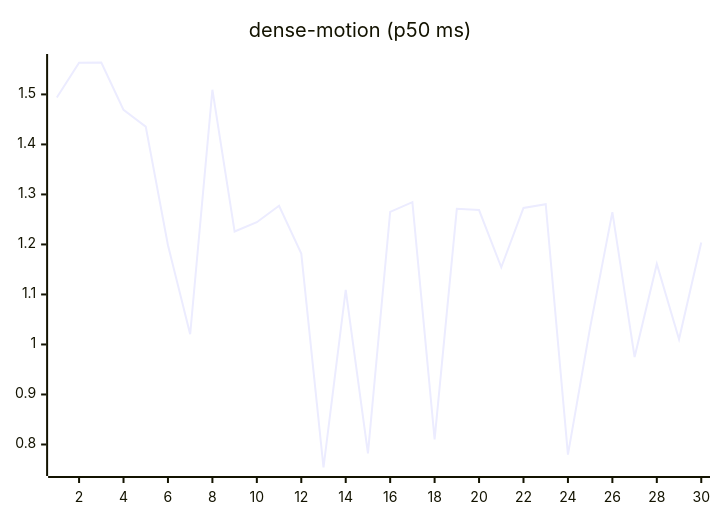
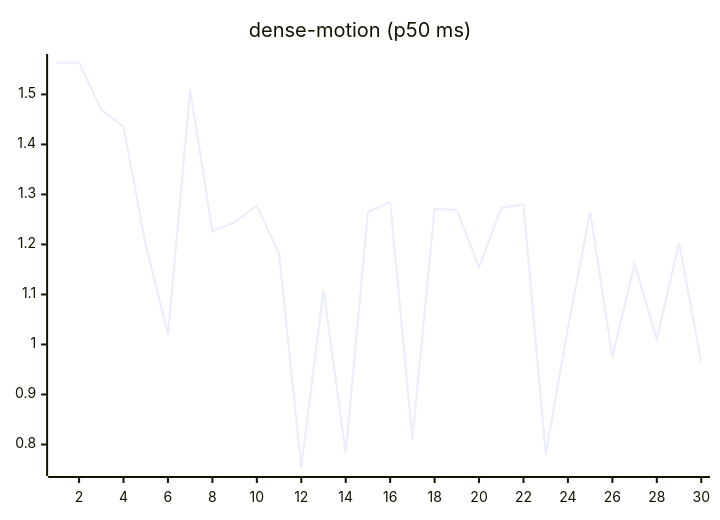
One commit to josha/Facet changed the ninth of 27 diagrams in README.md. Above: the diagram before and after it, drawn with Mermaid. The commit also changed other lines of this file and 2 other files, not shown here.

````diff
--- a/README.md
+++ b/README.md
@@ -119,6 +119,6 @@
 ```mermaid
 xychart-beta
     title "dense-motion (p50 ms)"
     x-axis 1 --> 30
-    line [1.4939, 1.5634, 1.5638, 1.4692, 1.4355, 1.1984, 1.0205, 1.5093, 1.2258, 1.2445, 1.2773, 1.1817, 0.7540, 1.1093, 0.7822, 1.2651, 1.2846, 0.8102, 1.2712, 1.2688, 1.1544, 1.2730, 1.2805, 0.7796, 1.0341, 1.2646, 0.9749, 1.1610, 1.0105, 1.2037]
+    line [1.5634, 1.5638, 1.4692, 1.4355, 1.1984, 1.0205, 1.5093, 1.2258, 1.2445, 1.2773, 1.1817, 0.7540, 1.1093, 0.7822, 1.2651, 1.2846, 0.8102, 1.2712, 1.2688, 1.1544, 1.2730, 1.2805, 0.7796, 1.0341, 1.2646, 0.9749, 1.1610, 1.0105, 1.2037, 0.9653]
 ```
````
